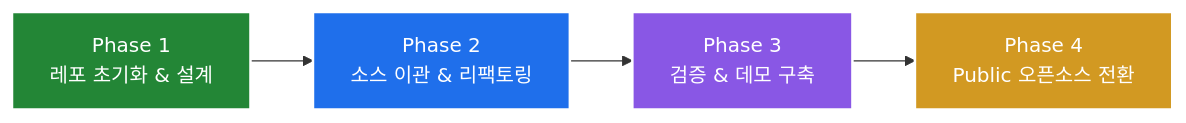
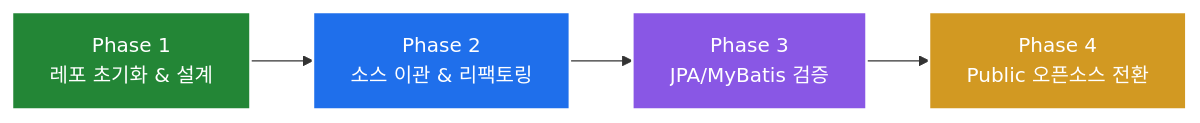
The diagram in README.md (sweetpark/mini-apm-spring-boot-starter), drawn with Mermaid before and after one commit. The commit also changed other lines of this file, not shown here.

Commit message:
docs: add JPA/Hibernate SQL interception architecture and roadmap

````diff
--- a/README.md
+++ b/README.md
@@ -61,10 +89,10 @@
 ```mermaid
 graph LR
     P1["Phase 1<br/>레포 초기화 & 설계"] --> P2["Phase 2<br/>소스 이관 & 리팩토링"]
-    P2 --> P3["Phase 3<br/>검증 & 데모 구축"]
+    P2 --> P3["Phase 3<br/>JPA/MyBatis 검증"]
     P3 --> P4["Phase 4<br/>Public 오픈소스 전환"]
     style P1 fill:#238636,stroke:#fff,stroke-width:2px,color:#fff
     style P2 fill:#1f6feb,stroke:#fff,stroke-width:2px,color:#fff
     style P3 fill:#8957e5,stroke:#fff,stroke-width:2px,color:#fff
     style P4 fill:#d29922,stroke:#fff,stroke-width:2px,color:#fff
 ```
````
